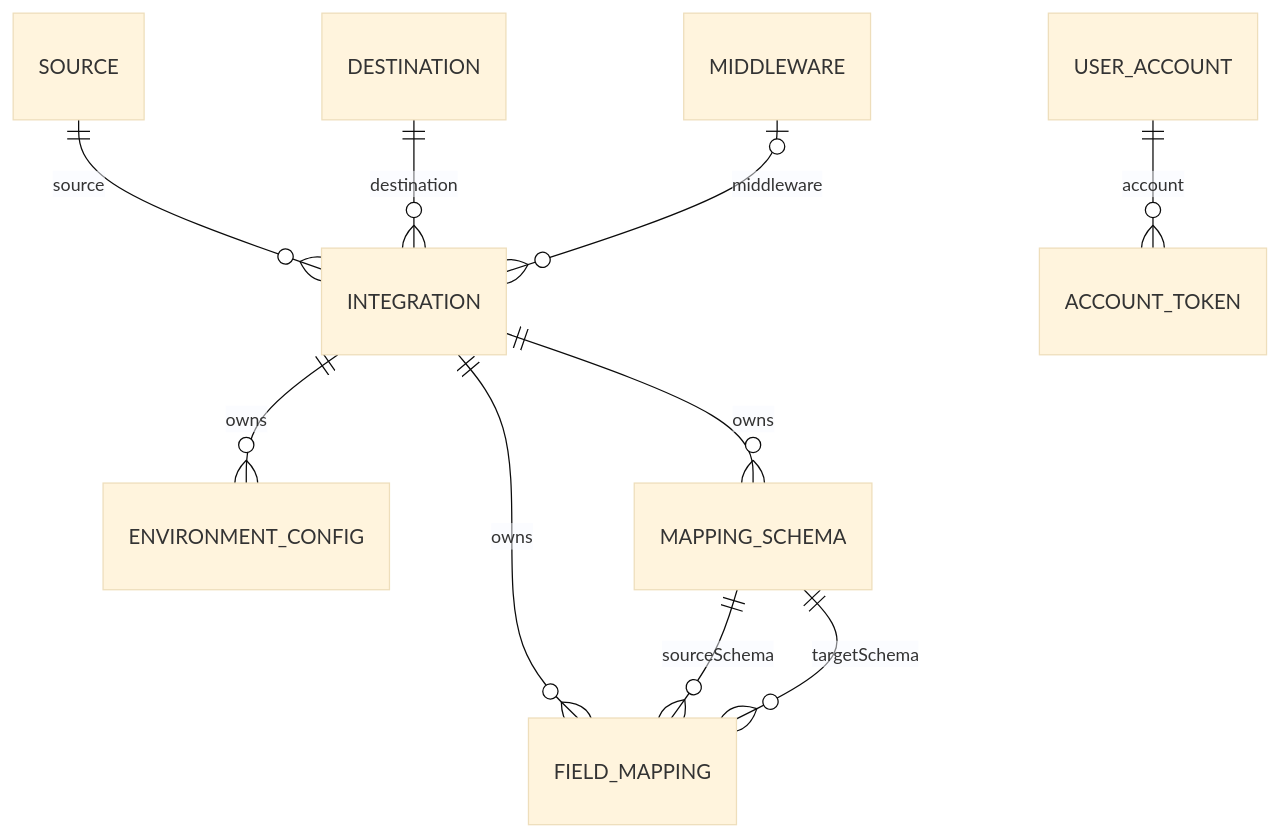
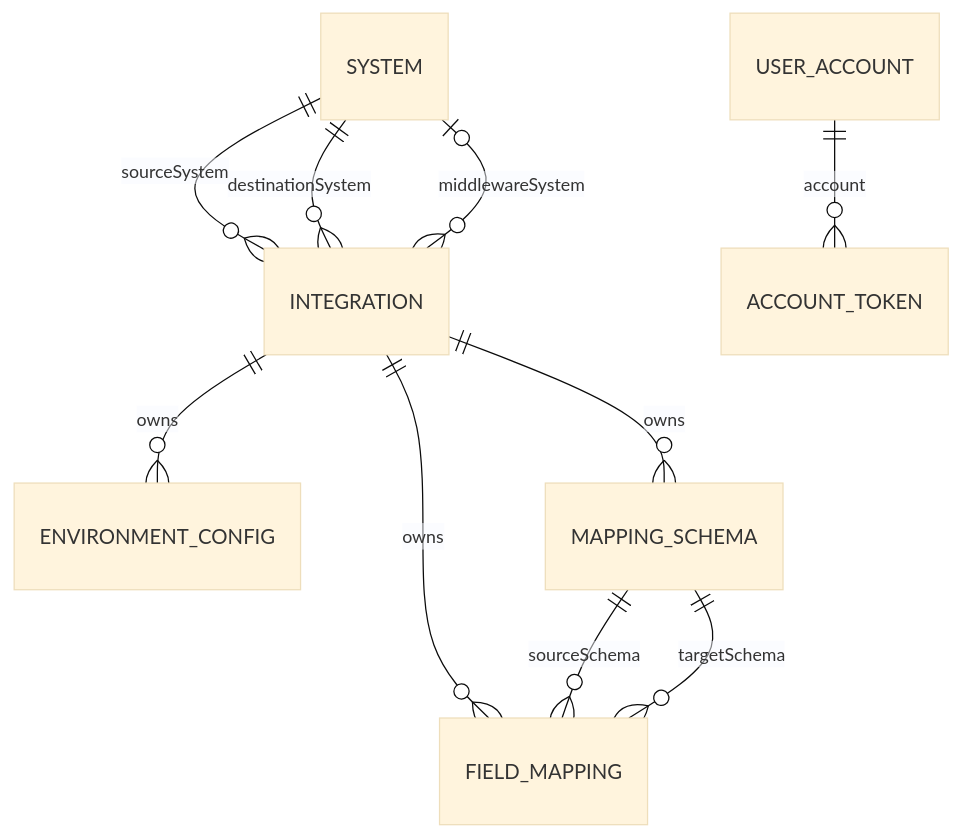
The first of 2 diagrams in docs/architecture.md (EnginKisin/integration-catalog), drawn with Mermaid (base theme) before and after one commit. The commit also changed other lines of this file and 127 other files, not shown here.

````diff
--- a/docs/architecture.md
+++ b/docs/architecture.md
@@ -9,12 +9,12 @@
 ```mermaid
 erDiagram
-    SOURCE ||--o{ INTEGRATION : source
-    DESTINATION ||--o{ INTEGRATION : destination
-    MIDDLEWARE o|--o{ INTEGRATION : middleware
+    SYSTEM ||--o{ INTEGRATION : sourceSystem
+    SYSTEM ||--o{ INTEGRATION : destinationSystem
+    SYSTEM o|--o{ INTEGRATION : middlewareSystem
     INTEGRATION ||--o{ ENVIRONMENT_CONFIG : owns
     INTEGRATION ||--o{ MAPPING_SCHEMA : owns
     INTEGRATION ||--o{ FIELD_MAPPING : owns
     MAPPING_SCHEMA ||--o{ FIELD_MAPPING : sourceSchema
     MAPPING_SCHEMA ||--o{ FIELD_MAPPING : targetSchema
     USER_ACCOUNT ||--o{ ACCOUNT_TOKEN : account
 ```
````
